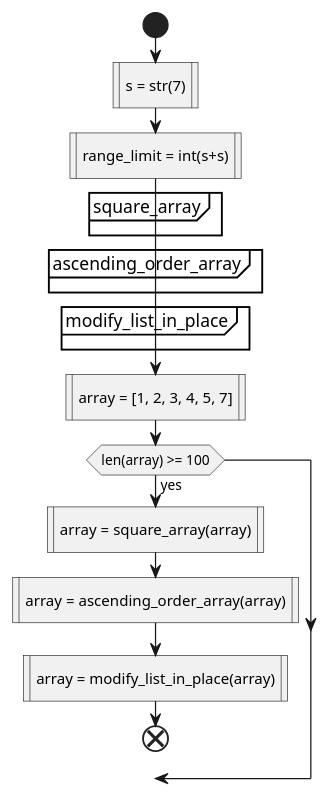
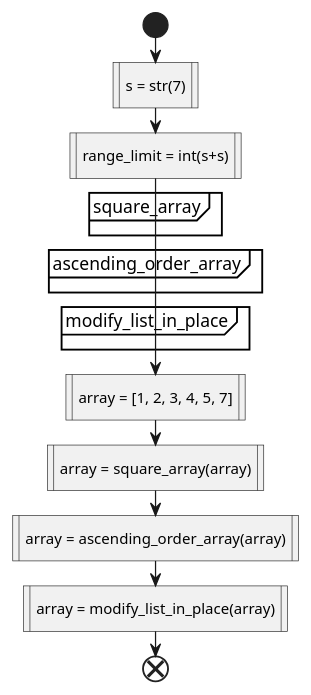
The diagram in punto2/algortihm.ttl.plantuml (Juferoga/ptbdb), drawn with PlantUML before and after one commit. The commit also changed 6 other files, not shown here.

```diff
--- a/punto2/algortihm.ttl.plantuml
+++ b/punto2/algortihm.ttl.plantuml
@@ -1,21 +1,21 @@
 @startuml reto 2
   start
     :s = str(7)|
     :range_limit = int(s+s)|
 
     partition square_array{
     }
 
     partition ascending_order_array{
     }
 
     partition modify_list_in_place{
     }
 
     :array = [1, 2, 3, 4, 5, 7]|
-    if (len(array) >= 100) then (yes)
-      :array = square_array(array)|
-      :array = ascending_order_array(array)|
-      :array = modify_list_in_place(array)|
+  
+    :array = square_array(array)|
+    :array = ascending_order_array(array)|
+    :array = modify_list_in_place(array)|
   end
 @enduml
```
